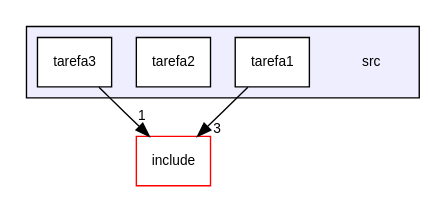
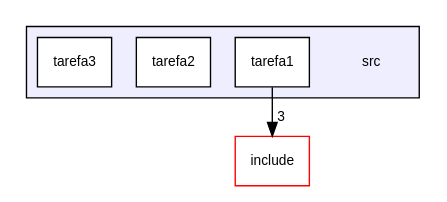
One commit to EduardoRique/lab6 changed the diagram in doc/dir_68267d1309a1af8e8297ef4c3efbcdba_dep.dot. Above: the diagram before and after it, drawn with Graphviz. The commit also changed 75 other files, not shown here.

```diff
--- a/doc/dir_68267d1309a1af8e8297ef4c3efbcdba_dep.dot
+++ b/doc/dir_68267d1309a1af8e8297ef4c3efbcdba_dep.dot
@@ -1,15 +1,14 @@
 digraph "src" {
   compound=true
   node [ fontsize="10", fontname="Helvetica"];
   edge [ labelfontsize="10", labelfontname="Helvetica"];
   subgraph clusterdir_68267d1309a1af8e8297ef4c3efbcdba {
     graph [ bgcolor="#eeeeff", pencolor="black", label="" URL="dir_68267d1309a1af8e8297ef4c3efbcdba.html"];
     dir_68267d1309a1af8e8297ef4c3efbcdba [shape=plaintext label="src"];
     dir_bc7736c6594e07983ed7346e0029c6f4 [shape=box label="tarefa1" color="black" fillcolor="white" style="filled" URL="dir_bc7736c6594e07983ed7346e0029c6f4.html"];
     dir_a4ebae6655c731719c3b46885615bcce [shape=box label="tarefa2" color="black" fillcolor="white" style="filled" URL="dir_a4ebae6655c731719c3b46885615bcce.html"];
     dir_6411b01aef34fd18fbfc8a499a7f0c78 [shape=box label="tarefa3" color="black" fillcolor="white" style="filled" URL="dir_6411b01aef34fd18fbfc8a499a7f0c78.html"];
   }
   dir_d44c64559bbebec7f509842c48db8b23 [shape=box label="include" fillcolor="white" style="filled" color="red" URL="dir_d44c64559bbebec7f509842c48db8b23.html"];
-  dir_6411b01aef34fd18fbfc8a499a7f0c78->dir_d44c64559bbebec7f509842c48db8b23 [headlabel="1", labeldistance=1.5 headhref="dir_000007_000000.html"];
-  dir_bc7736c6594e07983ed7346e0029c6f4->dir_d44c64559bbebec7f509842c48db8b23 [headlabel="3", labeldistance=1.5 headhref="dir_000005_000000.html"];
+  dir_bc7736c6594e07983ed7346e0029c6f4->dir_d44c64559bbebec7f509842c48db8b23 [headlabel="3", labeldistance=1.5 headhref="dir_000007_000000.html"];
 }
```
